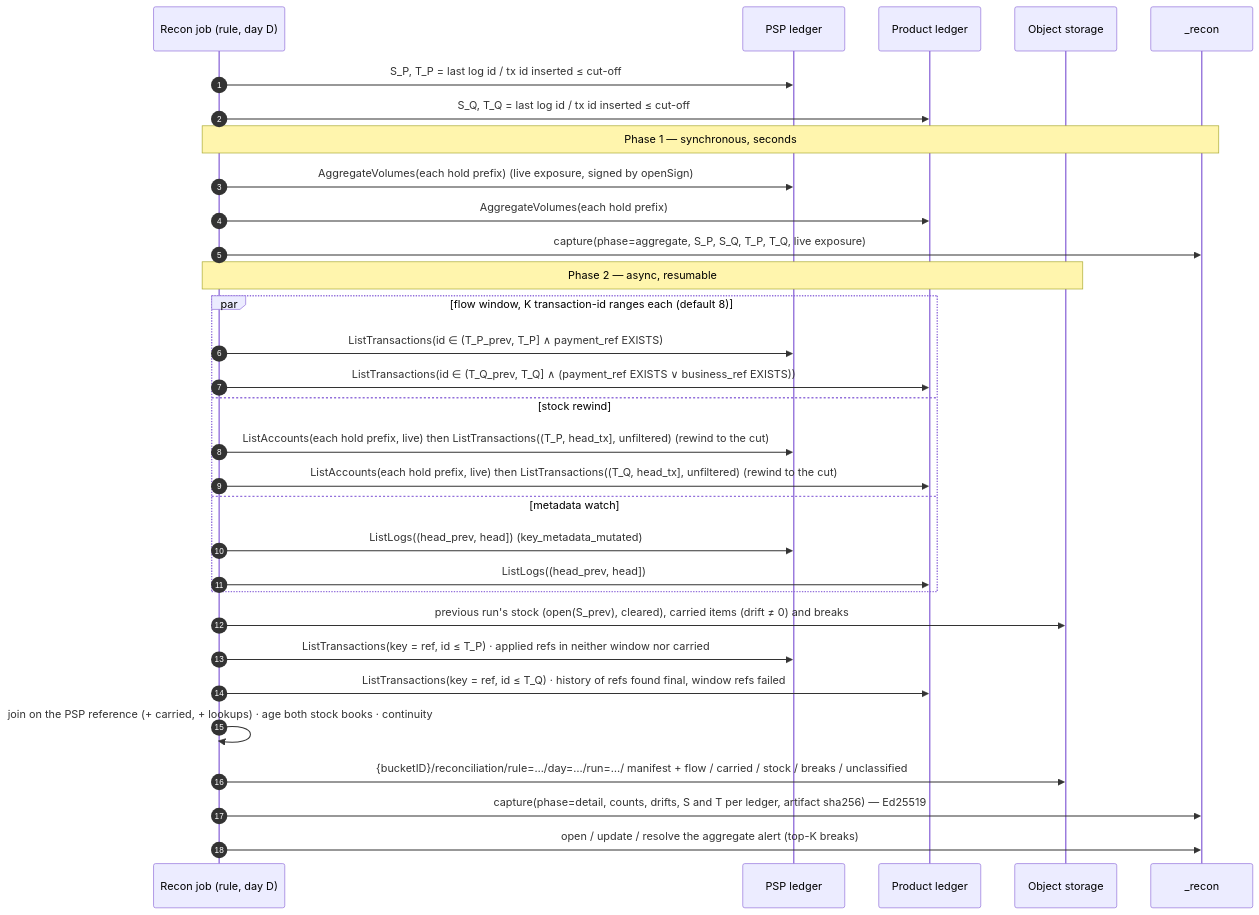
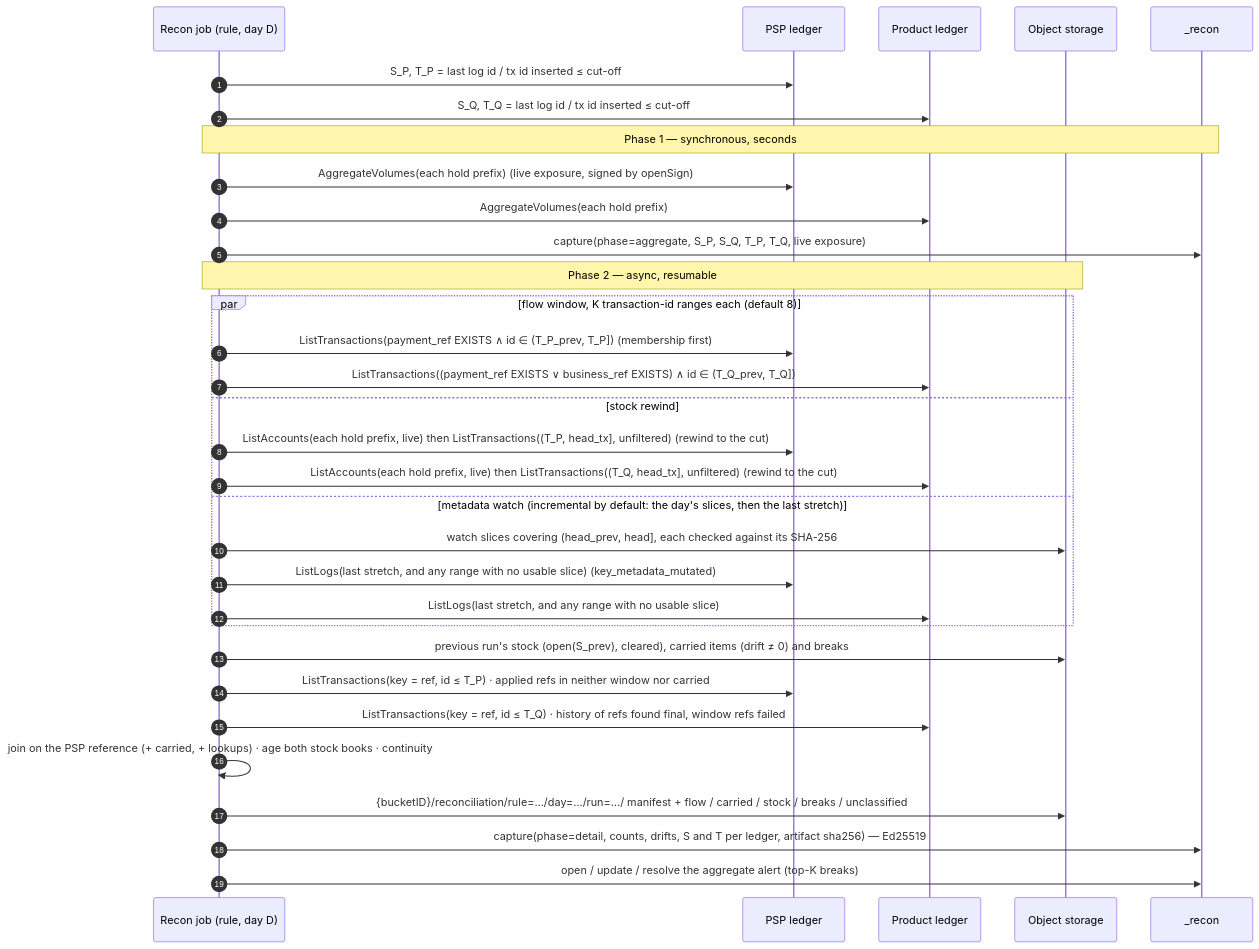
The second of 2 diagrams in docs/technical/transaction-level-reconciliation.md (formancehq/reconciliation), drawn with Mermaid before and after one commit. The commit also changed other lines of this file and 18 other files, not shown here.

````diff
--- a/docs/technical/transaction-level-reconciliation.md
+++ b/docs/technical/transaction-level-reconciliation.md
@@ -252,34 +255,35 @@
 ```mermaid
 sequenceDiagram
     autonumber
     participant J as Recon job (rule, day D)
     participant P as PSP ledger
     participant Q as Product ledger
     participant O as Object storage
     participant C as _recon
 
     J->>P: S_P, T_P = last log id / tx id inserted ≤ cut-off
     J->>Q: S_Q, T_Q = last log id / tx id inserted ≤ cut-off
     Note over J,C: Phase 1 — synchronous, seconds
     J->>P: AggregateVolumes(each hold prefix)  (live exposure, signed by openSign)
     J->>Q: AggregateVolumes(each hold prefix)
     J->>C: capture(phase=aggregate, S_P, S_Q, T_P, T_Q, live exposure)
     Note over J,O: Phase 2 — async, resumable
     par flow window, K transaction-id ranges each (default 8)
-        J->>P: ListTransactions(id ∈ (T_P_prev, T_P] ∧ payment_ref EXISTS)
-        J->>Q: ListTransactions(id ∈ (T_Q_prev, T_Q] ∧ (payment_ref EXISTS ∨ business_ref EXISTS))
+        J->>P: ListTransactions(payment_ref EXISTS ∧ id ∈ (T_P_prev, T_P])  (membership first)
+        J->>Q: ListTransactions((payment_ref EXISTS ∨ business_ref EXISTS) ∧ id ∈ (T_Q_prev, T_Q])
     and stock rewind
         J->>P: ListAccounts(each hold prefix, live) then ListTransactions((T_P, head_tx], unfiltered) (rewind to the cut)
         J->>Q: ListAccounts(each hold prefix, live) then ListTransactions((T_Q, head_tx], unfiltered) (rewind to the cut)
-    and metadata watch
-        J->>P: ListLogs((head_prev, head])  (key_metadata_mutated)
-        J->>Q: ListLogs((head_prev, head])
+    and metadata watch (incremental by default: the day's slices, then the last stretch)
+        J->>O: watch slices covering (head_prev, head], each checked against its SHA-256
+        J->>P: ListLogs(last stretch, and any range with no usable slice)  (key_metadata_mutated)
+        J->>Q: ListLogs(last stretch, and any range with no usable slice)
     end
     J->>O: previous run's stock (open(S_prev), cleared), carried items (drift ≠ 0) and breaks
     J->>P: ListTransactions(key = ref, id ≤ T_P) · applied refs in neither window nor carried
     J->>Q: ListTransactions(key = ref, id ≤ T_Q) · history of refs found final, window refs failed
     J->>J: join on the PSP reference (+ carried, + lookups) · age both stock books · continuity
     J->>O: {bucketID}/reconciliation/rule=…/day=…/run=…/ manifest + flow / carried / stock / breaks / unclassified
     J->>C: capture(phase=detail, counts, drifts, S and T per ledger, artifact sha256) — Ed25519
     J->>C: open / update / resolve the aggregate alert (top-K breaks)
 ```
````
